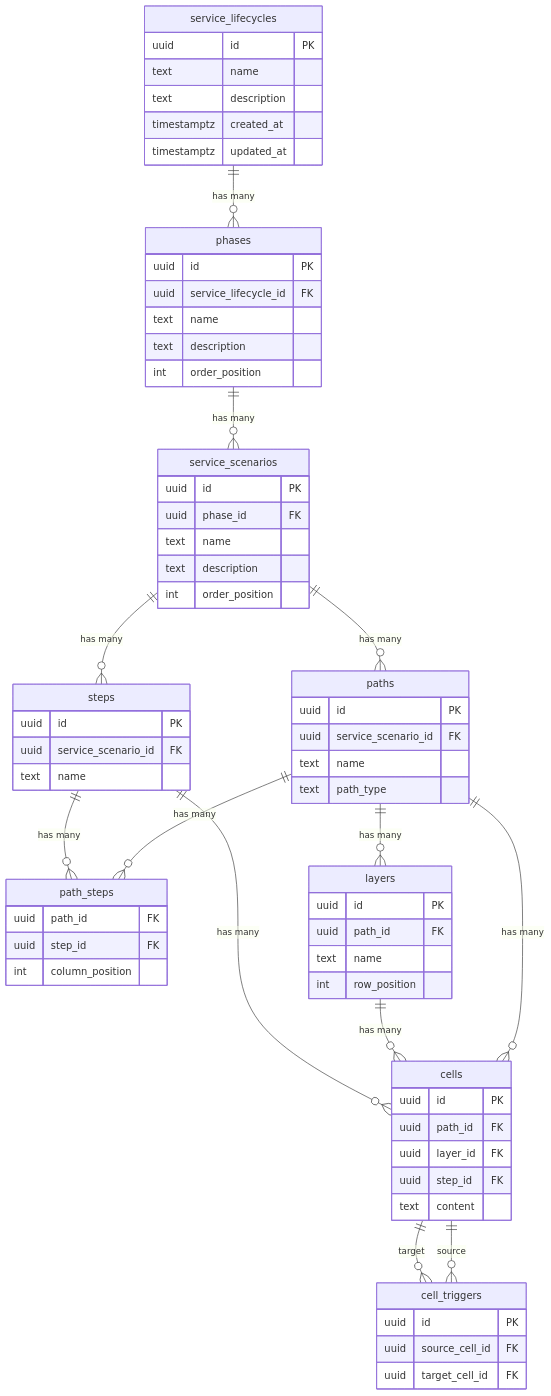
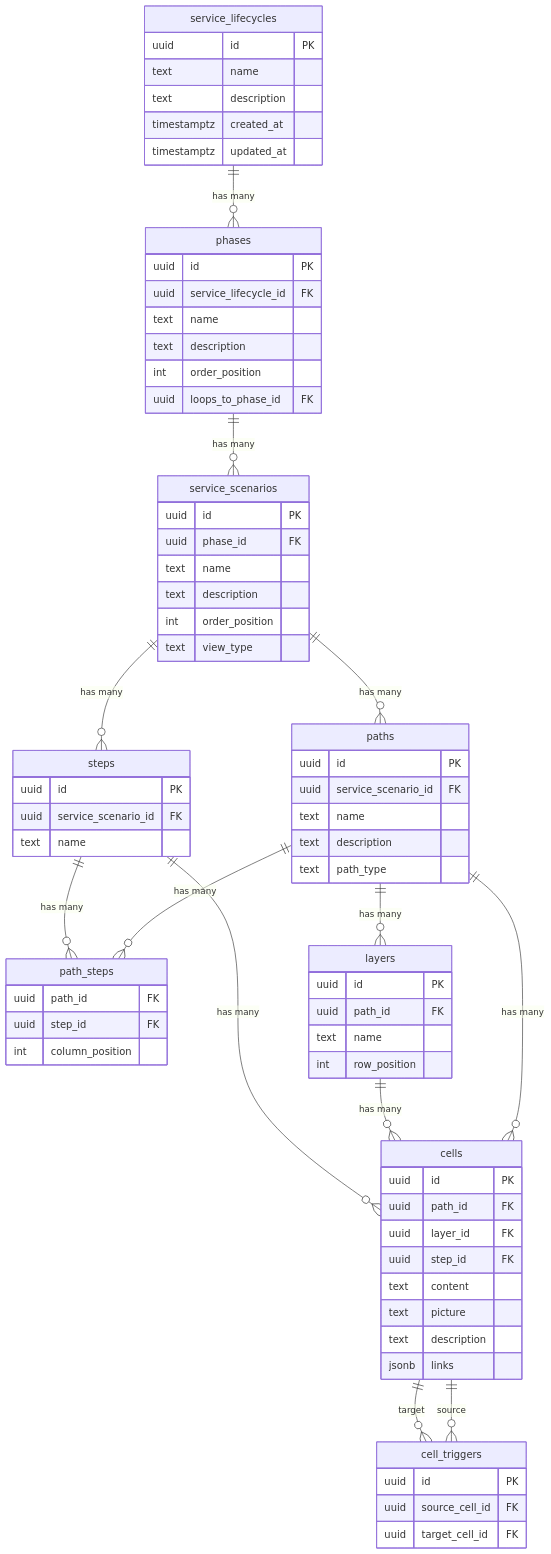
One commit to BilLogic/plus-uno-blueprint changed the diagram in docs/erd.mmd. Above: the diagram before and after it, drawn with Mermaid. The commit also changed 214 other files, not shown here.

```diff
--- a/docs/erd.mmd
+++ b/docs/erd.mmd
@@ -1,77 +1,83 @@
 erDiagram
   service_lifecycles ||--o{ phases : "has many"
   phases ||--o{ service_scenarios : "has many"
   service_scenarios ||--o{ paths : "has many"
   service_scenarios ||--o{ steps : "has many"
   paths ||--o{ path_steps : "has many"
   steps ||--o{ path_steps : "has many"
   paths ||--o{ layers : "has many"
   paths ||--o{ cells : "has many"
   layers ||--o{ cells : "has many"
   steps ||--o{ cells : "has many"
   cells ||--o{ cell_triggers : "source"
   cells ||--o{ cell_triggers : "target"
 
   service_lifecycles {
     uuid id PK
     text name
     text description
     timestamptz created_at
     timestamptz updated_at
   }
 
   phases {
     uuid id PK
     uuid service_lifecycle_id FK
     text name
     text description
     int order_position
+    uuid loops_to_phase_id FK
   }
 
   service_scenarios {
     uuid id PK
     uuid phase_id FK
     text name
     text description
     int order_position
+    text view_type
   }
 
   paths {
     uuid id PK
     uuid service_scenario_id FK
     text name
+    text description
     text path_type
   }
 
   steps {
     uuid id PK
     uuid service_scenario_id FK
     text name
   }
 
   path_steps {
     uuid path_id FK
     uuid step_id FK
     int column_position
   }
 
   layers {
     uuid id PK
     uuid path_id FK
     text name
     int row_position
   }
 
   cells {
     uuid id PK
     uuid path_id FK
     uuid layer_id FK
     uuid step_id FK
     text content
+    text picture
+    text description
+    jsonb links
   }
 
   cell_triggers {
     uuid id PK
     uuid source_cell_id FK
     uuid target_cell_id FK
   }
```
